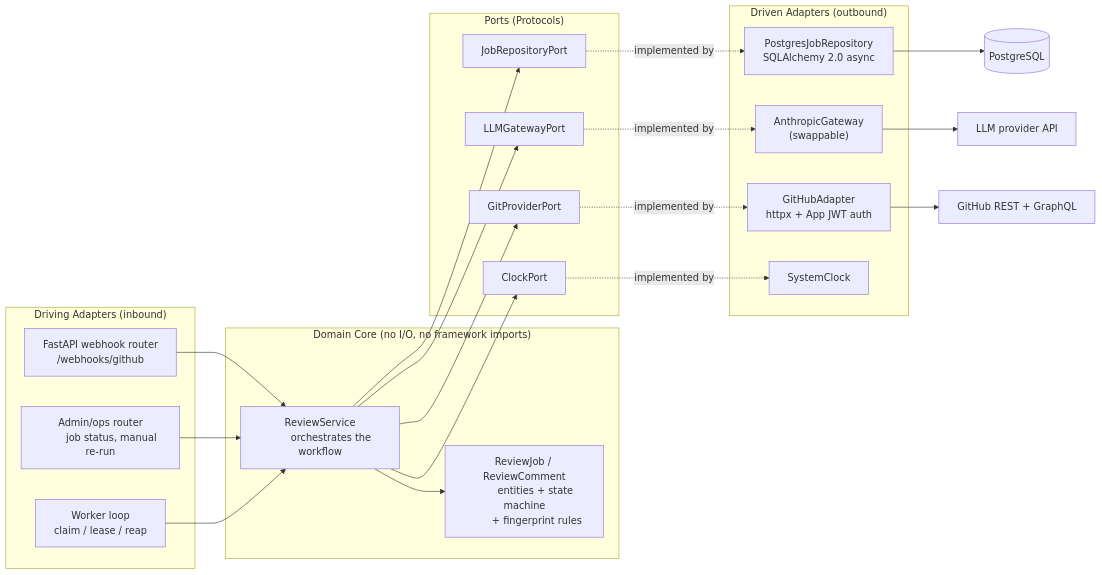
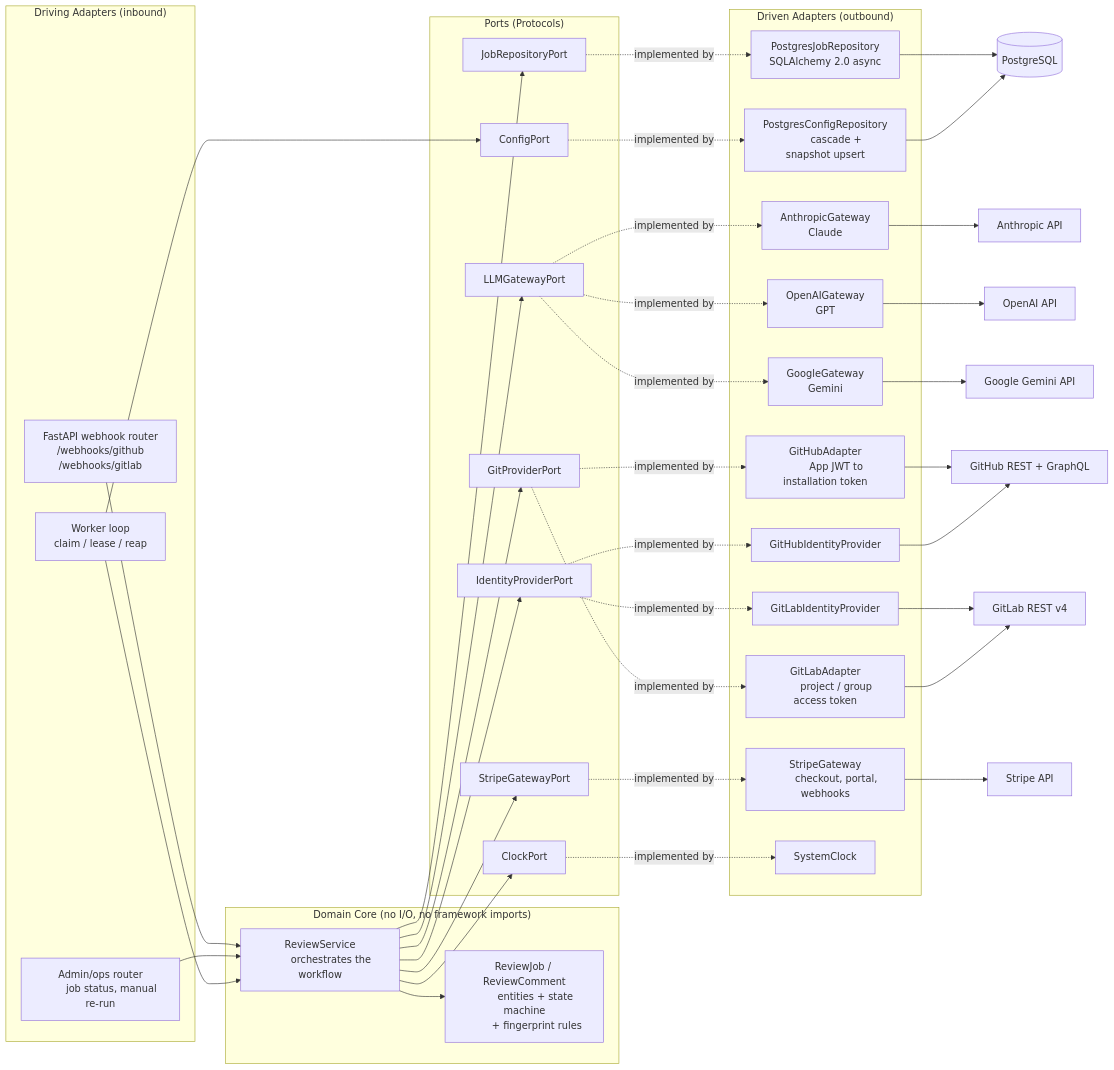
The first of 2 diagrams in docs/component-architecture-and-ER-model.md (larchanka-training/dmc-268-api-t4), drawn with Mermaid before and after one commit. The commit also changed other lines of this file and 6 other files, not shown here.

Commit message:
refined backend architecture

````diff
--- a/docs/component-architecture-and-ER-model.md
+++ b/docs/component-architecture-and-ER-model.md
@@ -12,7 +12,8 @@
 flowchart LR
     subgraph DRIVING ["Driving Adapters (inbound)"]
         WH["FastAPI webhook router
-        /webhooks/github"]
+        /webhooks/github
+        /webhooks/gitlab"]
         ADMIN["Admin/ops router
         job status, manual re-run"]
         WORKER["Worker loop
@@ -30,36 +31,68 @@
 
     subgraph PORTS ["Ports (Protocols)"]
         P_REPO["JobRepositoryPort"]
+        P_CFG["ConfigPort"]
         P_LLM["LLMGatewayPort"]
         P_GIT["GitProviderPort"]
+        P_PAY["StripeGatewayPort"]
+        P_ID["IdentityProviderPort"]
         P_CLOCK["ClockPort"]
     end
 
     subgraph DRIVEN ["Driven Adapters (outbound)"]
         A_PG["PostgresJobRepository
         SQLAlchemy 2.0 async"]
-        A_LLM["AnthropicGateway
-        (swappable)"]
+        A_CFG["PostgresConfigRepository
+        cascade + snapshot upsert"]
+        A_ANT["AnthropicGateway
+        Claude"]
+        A_OAI["OpenAIGateway
+        GPT"]
+        A_GOO["GoogleGateway
+        Gemini"]
         A_GH["GitHubAdapter
-        httpx + App JWT auth"]
+        App JWT to installation token"]
+        A_GL["GitLabAdapter
+        project / group access token"]
+        A_STR["StripeGateway
+        checkout, portal, webhooks"]
+        A_IDGH["GitHubIdentityProvider"]
+        A_IDGL["GitLabIdentityProvider"]
         A_CLK["SystemClock"]
     end
 
     WH --> SVC
     ADMIN --> SVC
     WORKER --> SVC
+    WORKER --> P_CFG
 
     SVC --> P_REPO
     SVC --> P_LLM
     SVC --> P_GIT
+    SVC --> P_PAY
+    SVC --> P_ID
     SVC --> P_CLOCK
 
     P_REPO -.implemented by.-> A_PG
-    P_LLM  -.implemented by.-> A_LLM
+    P_CFG  -.implemented by.-> A_CFG
+    P_LLM  -.implemented by.-> A_ANT
+    P_LLM  -.implemented by.-> A_OAI
+    P_LLM  -.implemented by.-> A_GOO
     P_GIT  -.implemented by.-> A_GH
+    P_GIT  -.implemented by.-> A_GL
+    P_PAY  -.implemented by.-> A_STR
+    P_ID   -.implemented by.-> A_IDGH
+    P_ID   -.implemented by.-> A_IDGL
     P_CLOCK -.implemented by.-> A_CLK
 
     A_PG --> DB[("PostgreSQL")]
-    A_LLM --> EXT_LLM["LLM provider API"]
+    A_CFG --> DB
+    A_ANT --> EXT_ANT["Anthropic API"]
+    A_OAI --> EXT_OAI["OpenAI API"]
+    A_GOO --> EXT_GOO["Google Gemini API"]
     A_GH --> EXT_GH["GitHub REST + GraphQL"]
+    A_IDGH --> EXT_GH
+    A_IDGL --> EXT_GL
+    A_GL --> EXT_GL["GitLab REST v4"]
+    A_STR --> EXT_STR["Stripe API"]
 ```
````
